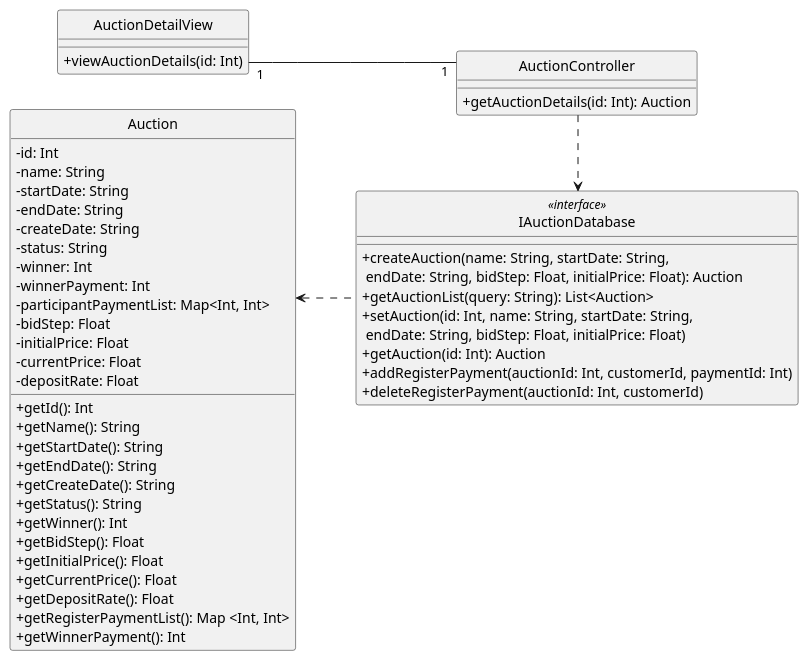
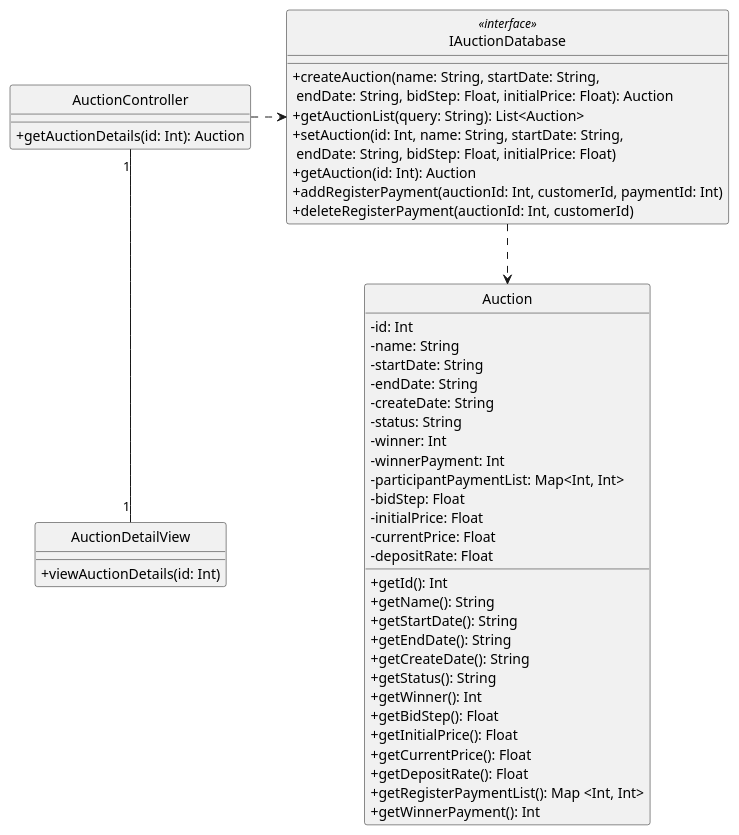
The diagram in uml/design/class/linh/view_auction_information.pu (anhbanlinhle/velocity-exchange), drawn with PlantUML before and after one commit.

Commit message:
doc[lynn]: update structure

```diff
--- a/uml/design/class/linh/view_auction_information.pu
+++ b/uml/design/class/linh/view_auction_information.pu
@@ -1,63 +1,62 @@
 @startuml 
-left to right direction
 skinparam classAttributeIconSize 0
 skinparam linetype ortho
 hide circle
 class AuctionDetailView {
 
     + viewAuctionDetails(id: Int)
 
     }
 
 class AuctionController {
     
     + getAuctionDetails(id: Int): Auction
 
     }
 
 class Auction {
     - id: Int
     - name: String
     - startDate: String
     - endDate: String
     - createDate: String
     - status: String
     - winner: Int
     - winnerPayment: Int
     - participantPaymentList: Map<Int, Int>
     - bidStep: Float
     - initialPrice: Float
     - currentPrice: Float
     - depositRate: Float
 
     + getId(): Int
     + getName(): String
     + getStartDate(): String
     + getEndDate(): String
     + getCreateDate(): String
     + getStatus(): String
     + getWinner(): Int
     + getBidStep(): Float
     + getInitialPrice(): Float
     + getCurrentPrice(): Float
     + getDepositRate(): Float
     + getRegisterPaymentList(): Map <Int, Int>
     + getWinnerPayment(): Int
     }
 
 class IAuctionDatabase <<interface>> {
     + createAuction(name: String, startDate: String,\n endDate: String, bidStep: Float, initialPrice: Float): Auction
     + getAuctionList(query: String): List<Auction>
     + setAuction(id: Int, name: String, startDate: String,\n endDate: String, bidStep: Float, initialPrice: Float)
     + getAuction(id: Int): Auction
     + addRegisterPayment(auctionId: Int, customerId, paymentId: Int)
     + deleteRegisterPayment(auctionId: Int, customerId)
     }
 
-AuctionDetailView "1" -- "1" AuctionController
+AuctionDetailView "1" -u- "1" AuctionController
 
 AuctionController ..r> IAuctionDatabase
 
-IAuctionDatabase ..u> Auction
+IAuctionDatabase ..d> Auction
 
 @enduml
```
